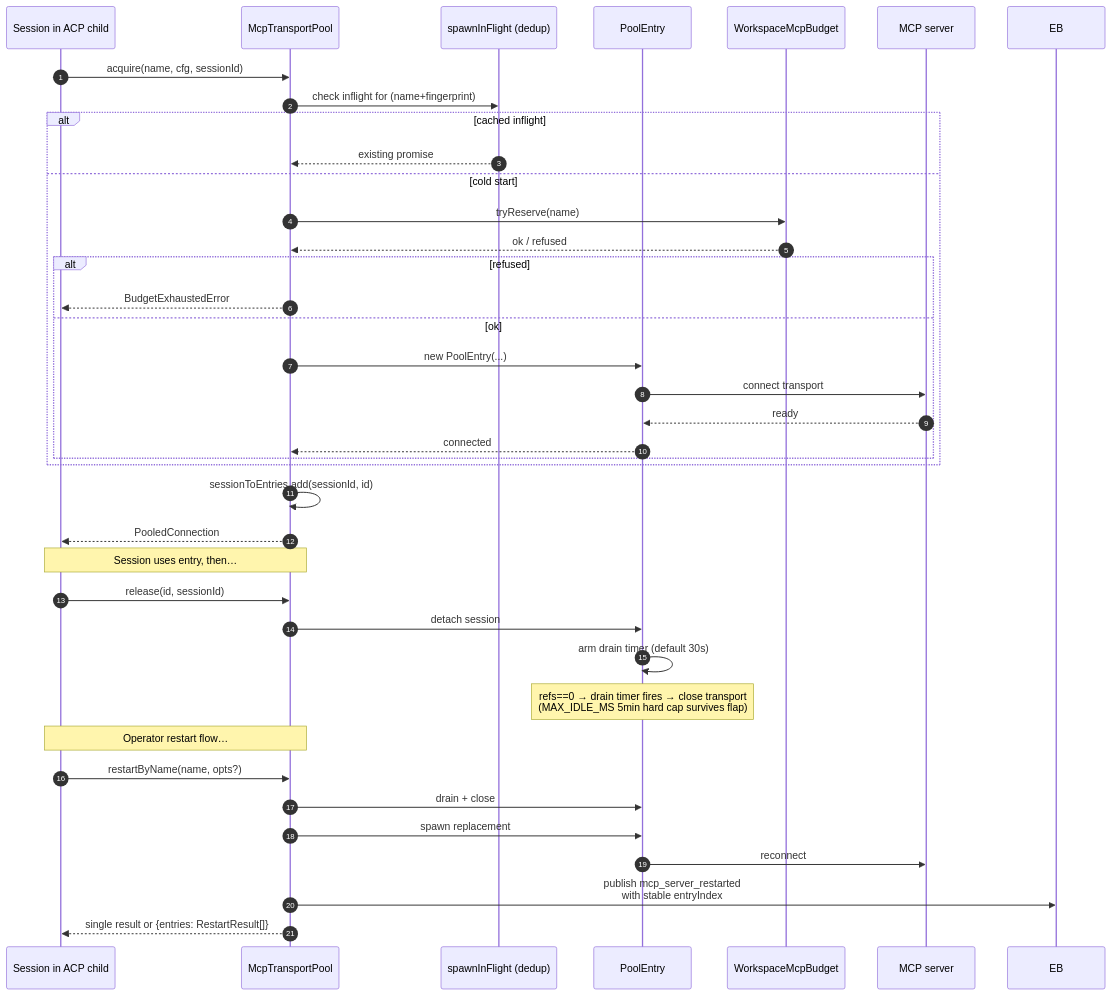
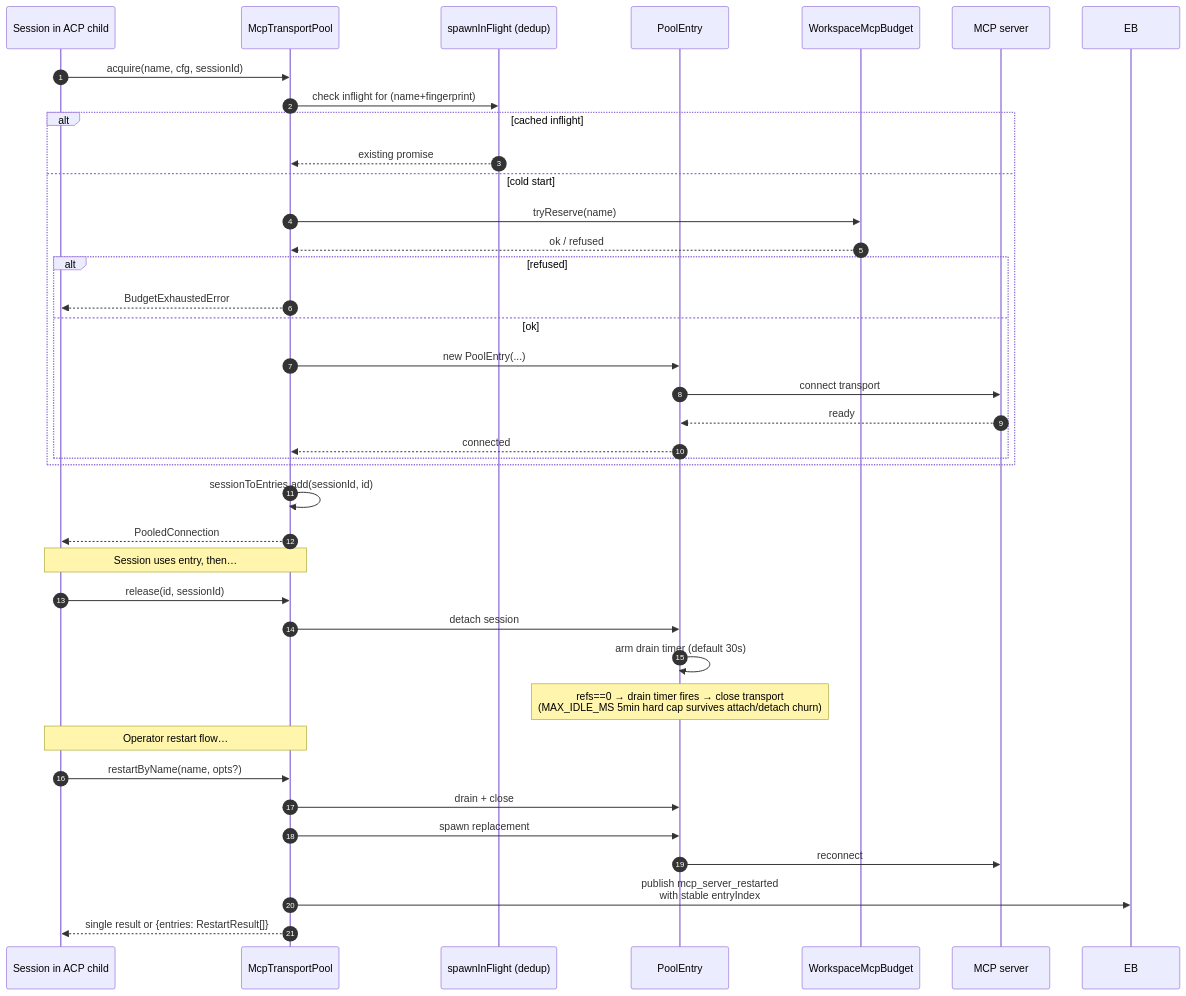
Before and after one commit to QwenLM/qwen-code: the sixth of 7 diagrams in docs/developers/daemon/01-architecture.md, drawn with Mermaid. The commit also changed other lines of this file and 22 other files, not shown here.

````diff
--- a/docs/developers/daemon/01-architecture.md
+++ b/docs/developers/daemon/01-architecture.md
@@ -241,44 +241,44 @@
 ```mermaid
 sequenceDiagram
     autonumber
     participant S as Session in ACP child
     participant P as McpTransportPool
     participant SIF as spawnInFlight (dedup)
     participant E as PoolEntry
     participant BDG as WorkspaceMcpBudget
     participant SRV as MCP server
 
     S->>P: acquire(name, cfg, sessionId)
     P->>SIF: check inflight for (name+fingerprint)
     alt cached inflight
         SIF-->>P: existing promise
     else cold start
         P->>BDG: tryReserve(name)
         BDG-->>P: ok / refused
         alt refused
             P-->>S: BudgetExhaustedError
         else ok
             P->>E: new PoolEntry(...)
             E->>SRV: connect transport
             SRV-->>E: ready
             E-->>P: connected
         end
     end
     P->>P: sessionToEntries.add(sessionId, id)
     P-->>S: PooledConnection
 
     Note over S,P: Session uses entry, then…
 
     S->>P: release(id, sessionId)
     P->>E: detach session
     E->>E: arm drain timer (default 30s)
-    Note over E: refs==0 → drain timer fires → close transport<br/>(MAX_IDLE_MS 5min hard cap survives flap)
+    Note over E: refs==0 → drain timer fires → close transport<br/>(MAX_IDLE_MS 5min hard cap survives attach/detach churn)
 
     Note over S,P: Operator restart flow…
     S->>P: restartByName(name, opts?)
     P->>E: drain + close
     P->>E: spawn replacement
     E->>SRV: reconnect
     P->>EB: publish mcp_server_restarted<br/>with stable entryIndex
     P-->>S: single result or {entries: RestartResult[]}
 ```
````
